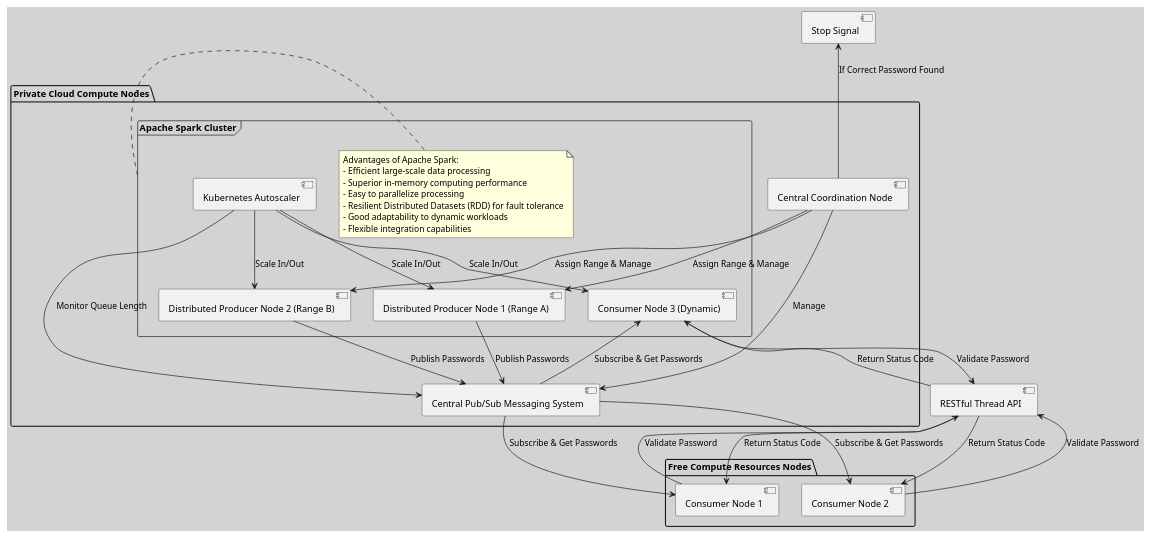
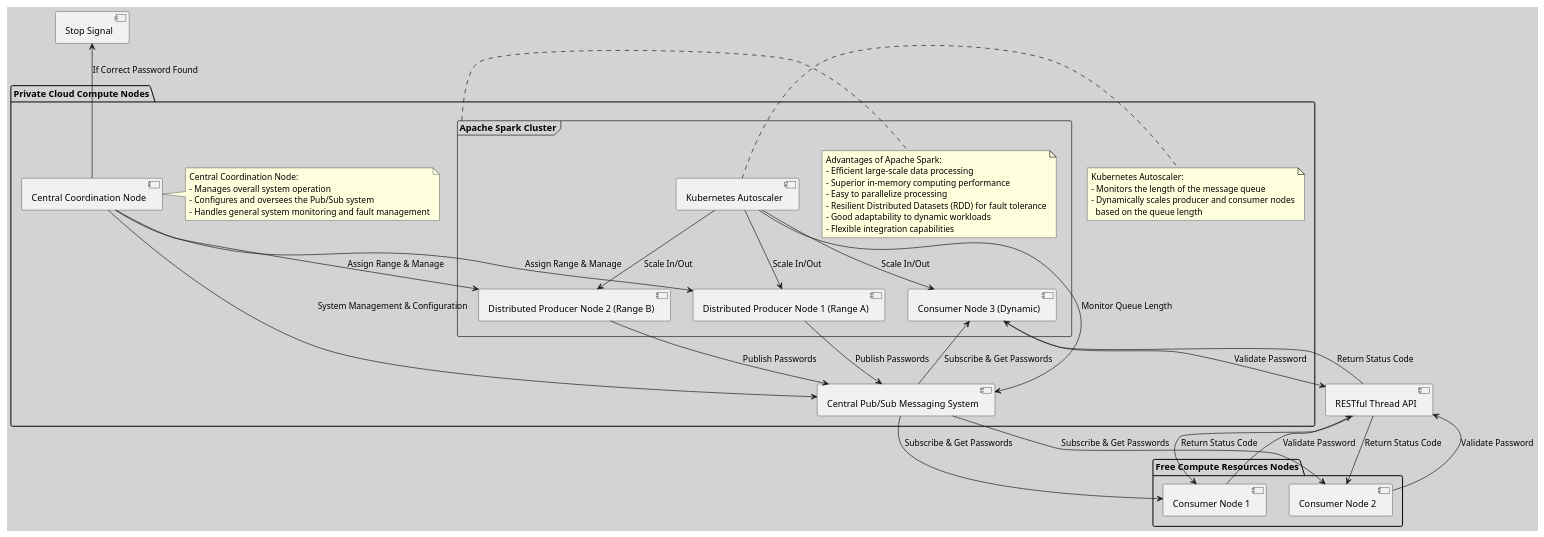
The diagram in interview_questions/distributed_string_guesser_architecture.puml (huangyingw/system_design), drawn with PlantUML before and after one commit.

```diff
--- a/interview_questions/distributed_string_guesser_architecture.puml
+++ b/interview_questions/distributed_string_guesser_architecture.puml
@@ -1,63 +1,75 @@
 @startuml
 skinparam backgroundColor #D3D3D3
 
 ' System Description
 ' Brute-Force Password Cracker: Aiming to recover a lost password for a colleague's Threads account using brute-force attack.
 ' The process could take several months to years, utilizing both paid computing resources (from private cloud providers like AWS, Azure, GCP)
 ' and free resources in the form of a temporary public computer network.
 ' The integration of these two types of resources (Private Cloud Resources and Free Compute Resources) is not clear.
 
 package "Private Cloud Compute Nodes" {
     [Central Coordination Node] as Coordinator
     frame "Apache Spark Cluster" {
         note right of "Apache Spark Cluster"
           Advantages of Apache Spark:
           - Efficient large-scale data processing
           - Superior in-memory computing performance
           - Easy to parallelize processing
           - Resilient Distributed Datasets (RDD) for fault tolerance
           - Good adaptability to dynamic workloads
           - Flexible integration capabilities
         end note
         [Distributed Producer Node 1 (Range A)] as DistProducer1
         [Distributed Producer Node 2 (Range B)] as DistProducer2
         [Kubernetes Autoscaler] as Autoscaler
         [Consumer Node 3 (Dynamic)] as DynamicConsumer3
     }
     [Central Pub/Sub Messaging System] as PubSub
+    note right of Autoscaler
+      Kubernetes Autoscaler:
+      - Monitors the length of the message queue
+      - Dynamically scales producer and consumer nodes
+        based on the queue length
+    end note
+    note right of Coordinator
+      Central Coordination Node:
+      - Manages overall system operation
+      - Configures and oversees the Pub/Sub system
+      - Handles general system monitoring and fault management
+    end note
 }
 
 package "Free Compute Resources Nodes" {
     [Consumer Node 1] as FreeConsumer1
     [Consumer Node 2] as FreeConsumer2
 }
     
 [RESTful Thread API] as API
 
 Autoscaler --> PubSub : Monitor Queue Length
 Autoscaler --> DistProducer1 : Scale In/Out
 Autoscaler --> DistProducer2 : Scale In/Out
 Autoscaler --> DynamicConsumer3 : Scale In/Out
 
 Coordinator --> DistProducer1 : Assign Range & Manage
 Coordinator --> DistProducer2 : Assign Range & Manage
-Coordinator --> PubSub : Manage
+Coordinator --> PubSub : System Management & Configuration
     
 DistProducer1 --> PubSub : Publish Passwords
 DistProducer2 --> PubSub : Publish Passwords
 
 PubSub --> FreeConsumer1 : Subscribe & Get Passwords
 PubSub --> FreeConsumer2 : Subscribe & Get Passwords
 PubSub --> DynamicConsumer3 : Subscribe & Get Passwords
 
 FreeConsumer1 --> API : Validate Password
 FreeConsumer2 --> API : Validate Password
 DynamicConsumer3 --> API : Validate Password
 
 API --> FreeConsumer1 : Return Status Code
 API --> FreeConsumer2 : Return Status Code
 API --> DynamicConsumer3 : Return Status Code
 
 Coordinator -up-> [Stop Signal] : If Correct Password Found
 
 @enduml
```
